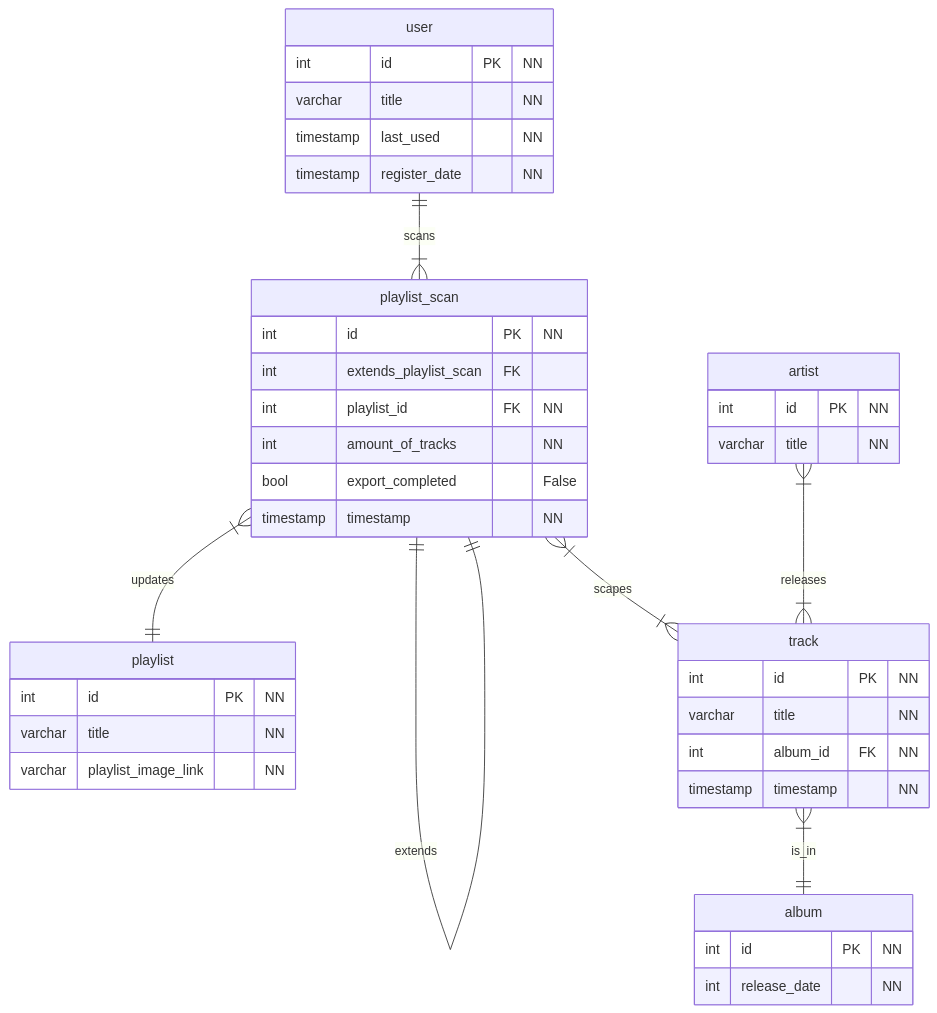
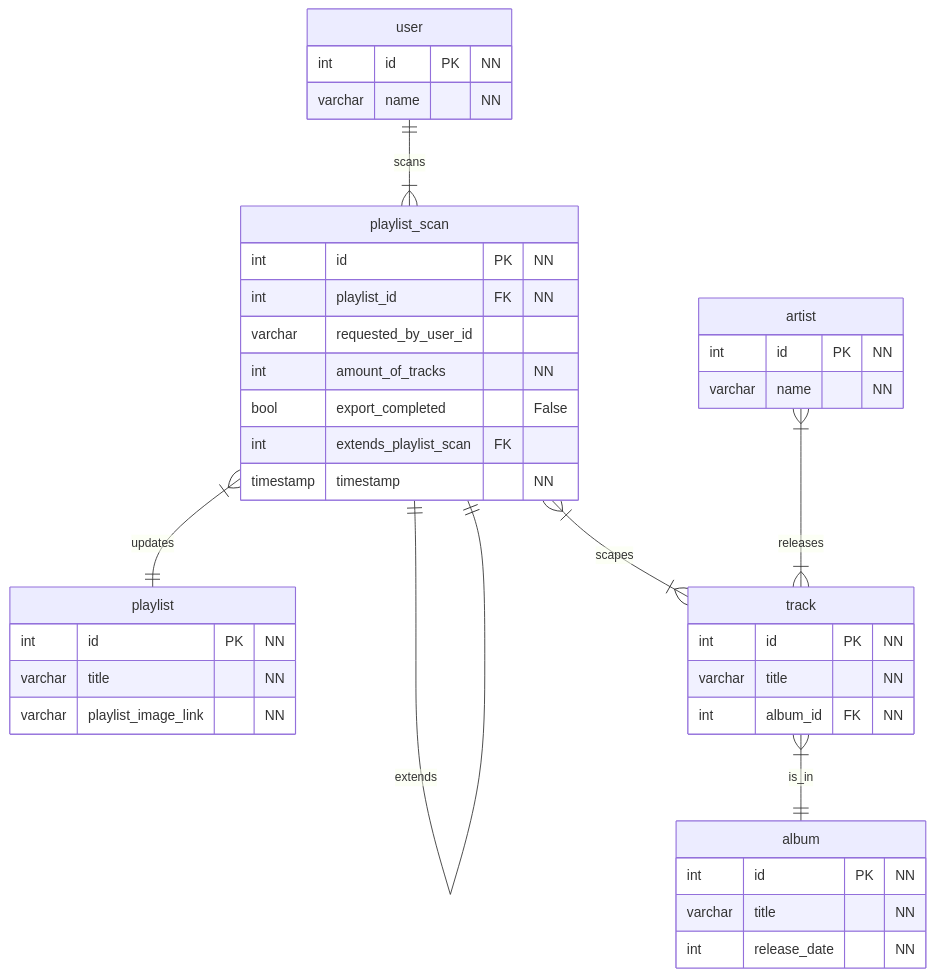
One commit to david-auk/Mixster changed the diagram in README.md. Above: the diagram before and after it, drawn with Mermaid. The commit also changed 10 other files, not shown here.

````diff
--- a/README.md
+++ b/README.md
@@ -43,51 +43,50 @@
 ```mermaid
 erDiagram
     playlist_scan {
         int id PK "NN"
-        int extends_playlist_scan FK
         int playlist_id FK "NN"
+        varchar requested_by_user_id
         int amount_of_tracks "NN"
         bool export_completed "False"
+        int extends_playlist_scan FK
         timestamp timestamp "NN"
     }
 
    playlist {
       int id PK "NN"
       varchar title "NN"
       varchar playlist_image_link "NN"
    }
     
     track {
         int id PK "NN"
         varchar title "NN"
         int album_id FK "NN"
-        timestamp timestamp "NN"
     }
     
     album {
         int id PK "NN"
+        varchar title "NN"
         int release_date "NN"
     }
     
     artist {
         int id PK "NN"
-        varchar title "NN"
+        varchar name "NN"
     }
     
     user {
         int id PK "NN"
-        varchar title "NN"
-        timestamp last_used "NN"
-        timestamp register_date "NN"
+        varchar name "NN"
     }
     
     %% Relations
     
     user ||--|{ playlist_scan : "scans"
     playlist_scan }|--|| playlist : "updates"
     playlist_scan }|--|{ track : "scapes"
     playlist_scan ||--|| playlist_scan : "extends"
     track }|--|| album : "is_in"
     artist }|--|{ track : "releases"
     
 ```
````
